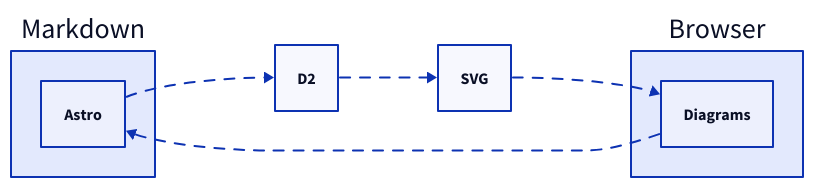
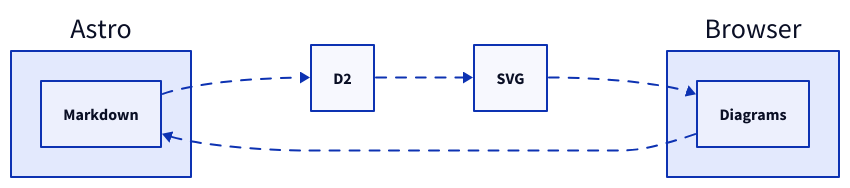
The diagram in docs/src/content/docs/index.mdx (HiDeoo/astro-d2), drawn with D2 before and after one commit. The commit also changed other lines of this file and 33 other files, not shown here.

````diff
--- a/docs/src/content/docs/index.mdx
+++ b/docs/src/content/docs/index.mdx
@@ -28,5 +28,5 @@
 ```d2 sketch pad=50
 direction: right
 
-Markdown.Astro -> D2 -> SVG -> Browser.Diagrams -> Markdown.Astro: {style.animated: true}
+Astro.Markdown -> D2 -> SVG -> Browser.Diagrams -> Astro.Markdown: {style.animated: true}
 ```
````
